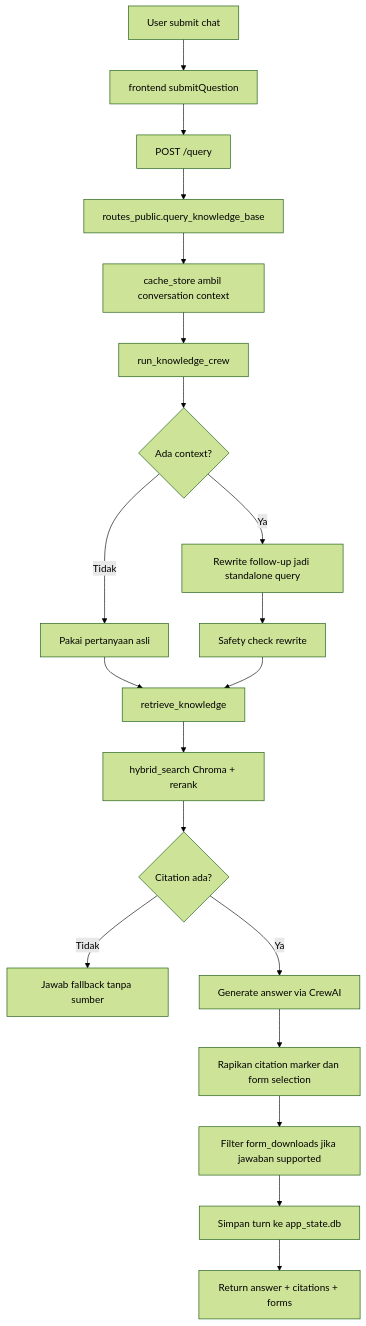
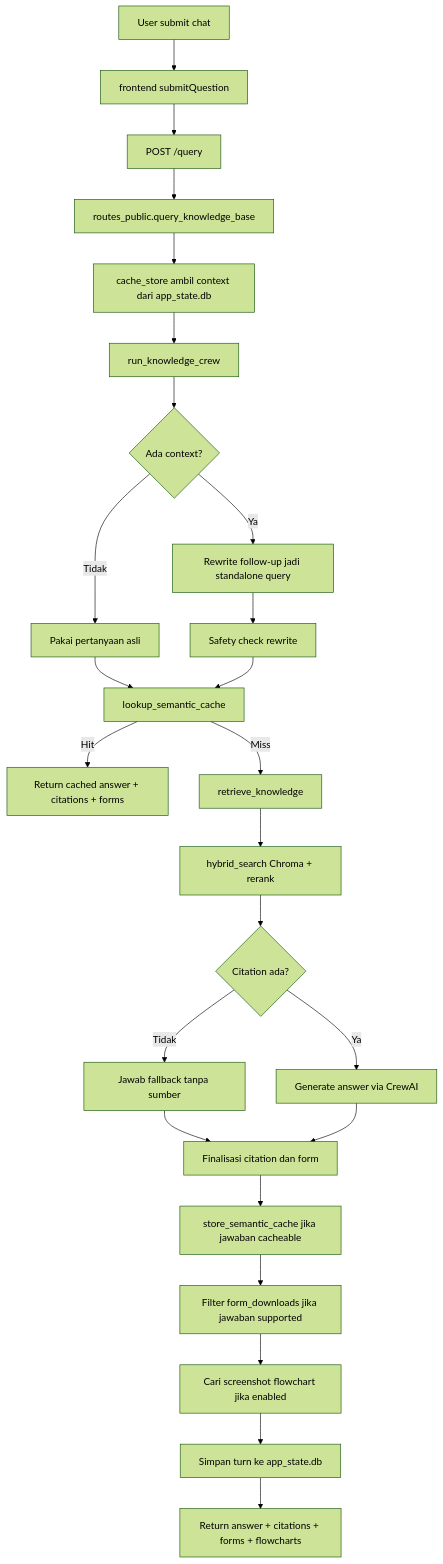
One commit to Akram17t/Internship changed the first of 6 diagrams in Capstone/docs/SYSTEM_FLOWS.md. Above: the diagram before and after it, drawn with Mermaid (forest theme). The commit also changed other lines of this file and 14 other files, not shown here.

````diff
--- a/Capstone/docs/SYSTEM_FLOWS.md
+++ b/Capstone/docs/SYSTEM_FLOWS.md
@@ -11,22 +11,27 @@
 ```mermaid
 flowchart TD
   A[User submit chat] --> B[frontend submitQuestion]
   B --> C[POST /query]
   C --> D[routes_public.query_knowledge_base]
-  D --> E[cache_store ambil conversation context]
+  D --> E[cache_store ambil context dari app_state.db]
   E --> F[run_knowledge_crew]
   F --> G{Ada context?}
   G -->|Ya| H[Rewrite follow-up jadi standalone query]
   G -->|Tidak| I[Pakai pertanyaan asli]
   H --> J[Safety check rewrite]
-  I --> K[retrieve_knowledge]
+  I --> K[lookup_semantic_cache]
   J --> K
-  K --> L[hybrid_search Chroma + rerank]
-  L --> M{Citation ada?}
-  M -->|Tidak| N[Jawab fallback tanpa sumber]
-  M -->|Ya| O[Generate answer via CrewAI]
-  O --> P[Rapikan citation marker dan form selection]
-  P --> Q[Filter form_downloads jika jawaban supported]
-  Q --> R[Simpan turn ke app_state.db]
-  R --> S[Return answer + citations + forms]
+  K -->|Hit| L[Return cached answer + citations + forms]
+  K -->|Miss| M[retrieve_knowledge]
+  M --> N[hybrid_search Chroma + rerank]
+  N --> O{Citation ada?}
+  O -->|Tidak| P[Jawab fallback tanpa sumber]
+  O -->|Ya| Q[Generate answer via CrewAI]
+  P --> R[Finalisasi citation dan form]
+  Q --> R
+  R --> S[store_semantic_cache jika jawaban cacheable]
+  S --> T[Filter form_downloads jika jawaban supported]
+  T --> U[Cari screenshot flowchart jika enabled]
+  U --> V[Simpan turn ke app_state.db]
+  V --> W[Return answer + citations + forms + flowcharts]
 ```
````
